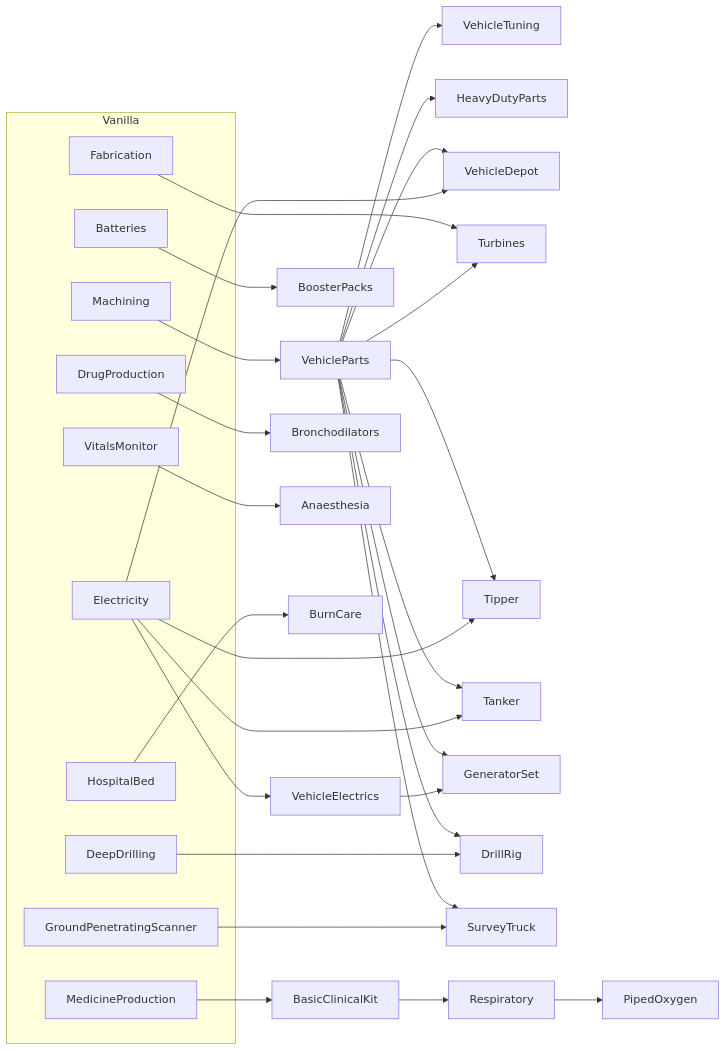
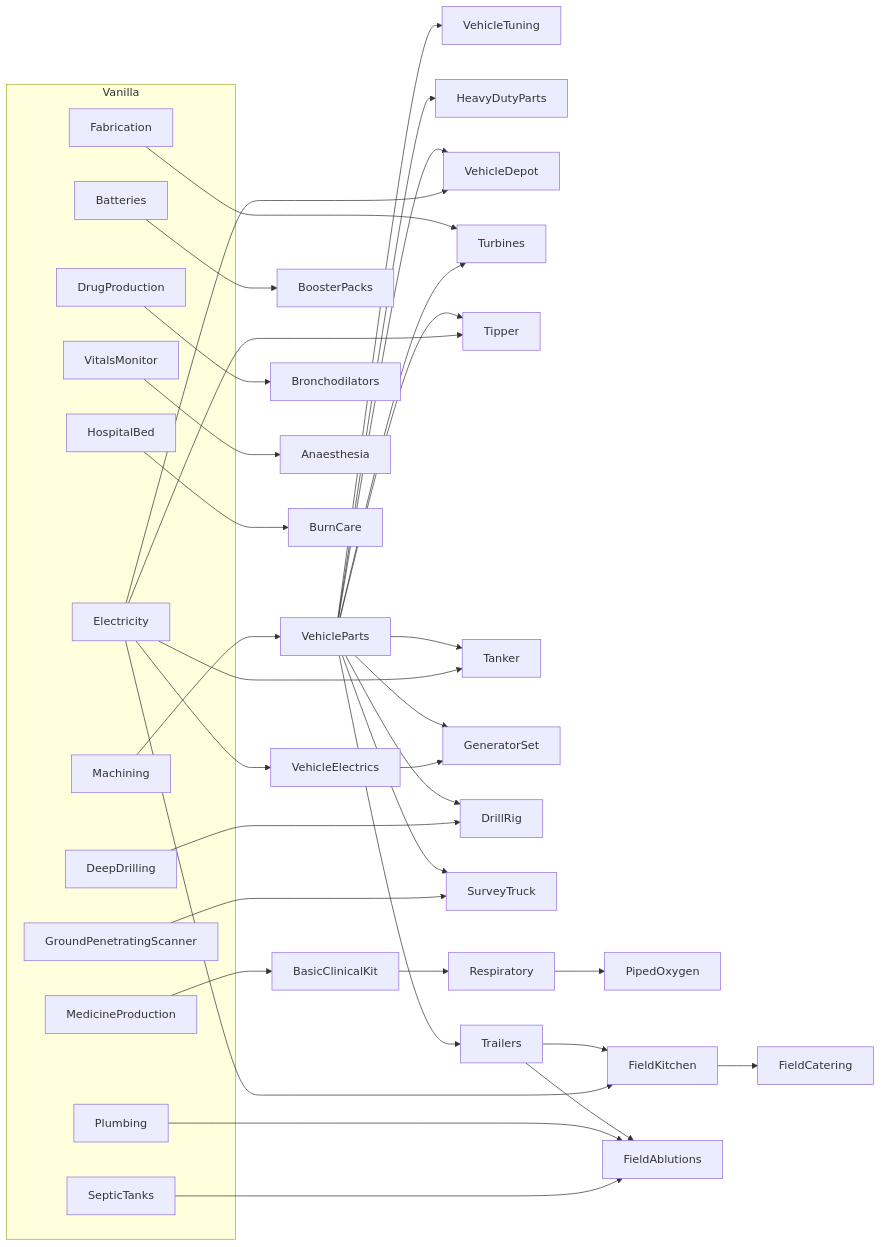
Before and after one commit to phobos-dthorga/phobos-rimworld: the diagram in docs/development/research-tree.md, drawn with Mermaid. The commit also changed other lines of this file and 30 other files, not shown here.

````diff
--- a/docs/development/research-tree.md
+++ b/docs/development/research-tree.md
@@ -22,32 +23,40 @@
 ```mermaid
 graph LR
   subgraph Vanilla
     Machining; Electricity; Batteries; Fabrication; DeepDrilling; GroundPenetratingScanner
     MedicineProduction; DrugProduction; VitalsMonitor; HospitalBed
+    Plumbing; SepticTanks
   end
   Machining --> VehicleParts
   Electricity --> VehicleElectrics
   VehicleParts --> VehicleTuning
   VehicleParts --> HeavyDutyParts
   VehicleParts --> VehicleDepot
   Electricity --> VehicleDepot
   Batteries --> BoosterPacks
   Fabrication --> Turbines
   VehicleParts --> Turbines
   VehicleParts --> Tipper
   VehicleParts --> Tanker
   Electricity --> Tipper
   Electricity --> Tanker
   VehicleParts --> GeneratorSet
   VehicleElectrics --> GeneratorSet
   VehicleParts --> DrillRig
   DeepDrilling --> DrillRig
   VehicleParts --> SurveyTruck
   GroundPenetratingScanner --> SurveyTruck
   MedicineProduction --> BasicClinicalKit
   BasicClinicalKit --> Respiratory
   Respiratory --> PipedOxygen
   DrugProduction --> Bronchodilators
   VitalsMonitor --> Anaesthesia
   HospitalBed --> BurnCare
+  VehicleParts --> Trailers
+  Trailers --> FieldKitchen
+  Electricity --> FieldKitchen
+  FieldKitchen --> FieldCatering
+  Trailers --> FieldAblutions
+  Plumbing --> FieldAblutions
+  SepticTanks --> FieldAblutions
 ```
````
